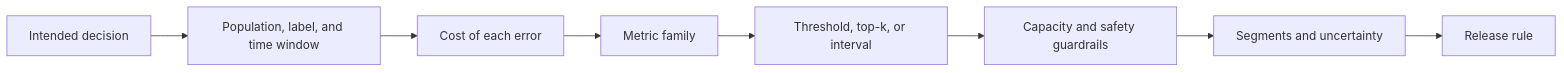
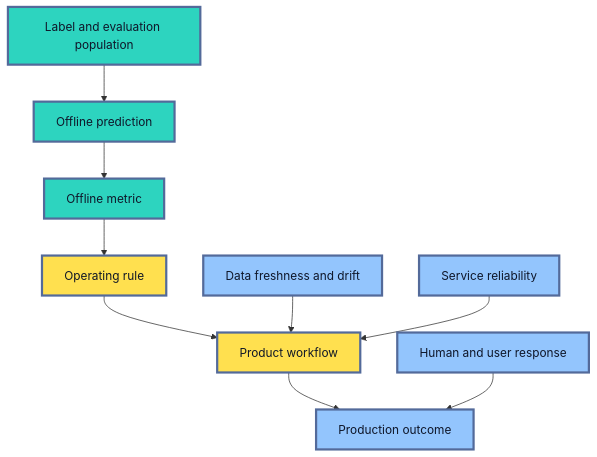
The second of 2 diagrams in roadmaps/mlops/modules/model-evaluation/offline-evaluation/01-choosing-evaluation-metric.md (senlinyy/dev-roadmaps), drawn with Mermaid before and after one commit. The commit also changed other lines of this file and 198 other files, not shown here.

````diff
--- a/roadmaps/mlops/modules/model-evaluation/offline-evaluation/01-choosing-evaluation-metric.md
+++ b/roadmaps/mlops/modules/model-evaluation/offline-evaluation/01-choosing-evaluation-metric.md
@@ -28,10 +263,19 @@
 ```mermaid
-flowchart LR
-    D["Intended decision"] --> P["Population, label, and time window"]
-    P --> E["Cost of each error"]
-    E --> M["Metric family"]
-    M --> O["Threshold, top-k, or interval"]
-    O --> G["Capacity and safety guardrails"]
-    G --> S["Segments and uncertainty"]
-    S --> R["Release rule"]
+flowchart TD
+    L["Label and evaluation population"] --> P["Offline prediction"]
+    P --> M["Offline metric"]
+    M --> R["Operating rule"]
+    R --> W["Product workflow"]
+    W --> O["Production outcome"]
+
+    D["Data freshness and drift"] --> W
+    S["Service reliability"] --> W
+    H["Human and user response"] --> O
+
+    classDef offline fill:#2DD4BF,stroke:#536A9A,stroke-width:3px,color:#0F172A
+    classDef decision fill:#FFE04F,stroke:#536A9A,stroke-width:3px,color:#111827
+    classDef production fill:#93C5FD,stroke:#536A9A,stroke-width:3px,color:#0F172A
+    class L,P,M offline
+    class R,W decision
+    class O,D,S,H production
 ```
````
